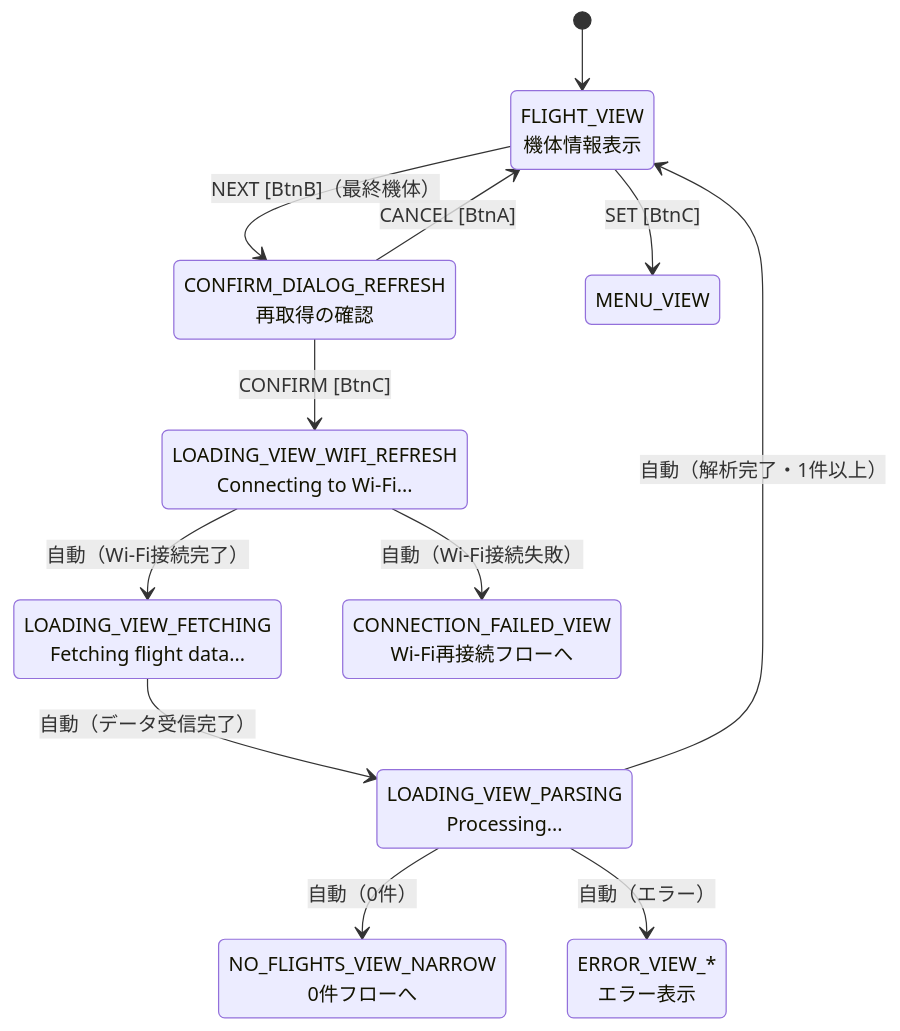
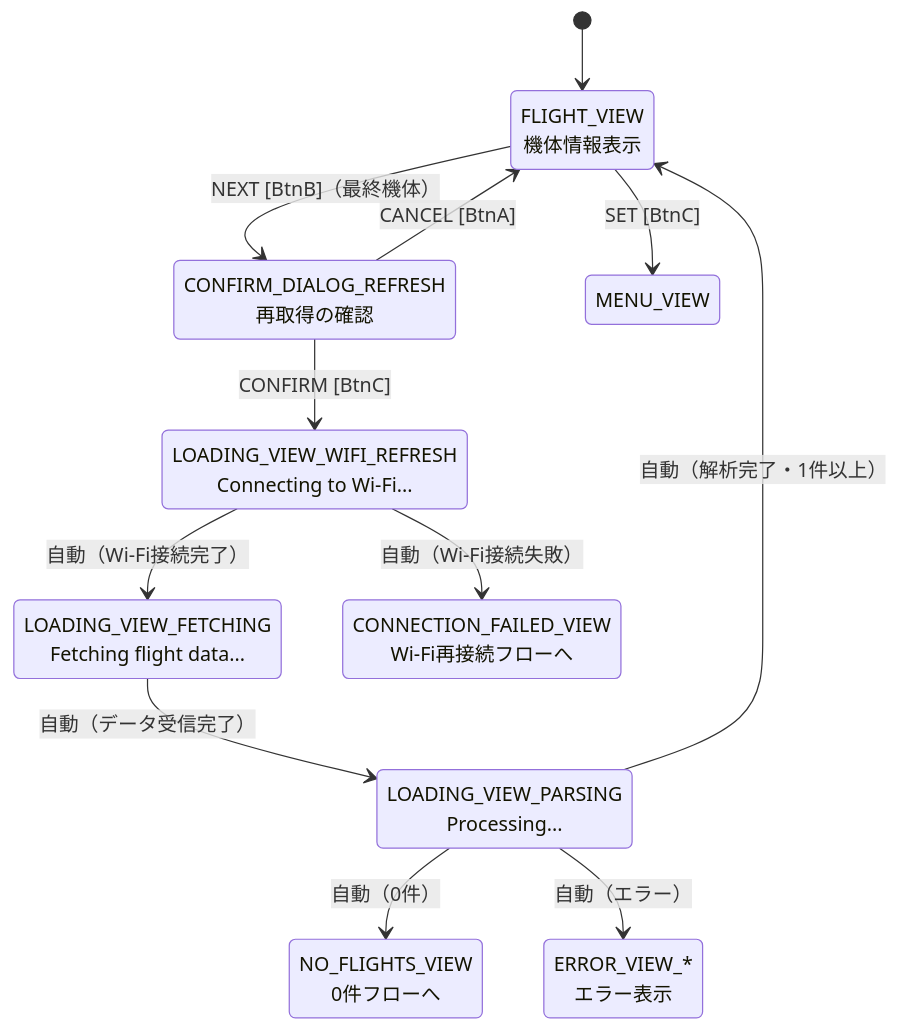
One commit to ymo999/m5stack-flight-tracker changed the second of 5 diagrams in docs/画面遷移設計_M5Stack_航空機スキャンシステム.md. Above: the diagram before and after it, drawn with Mermaid. The commit also changed other lines of this file and 1 other file, not shown here.

````diff
--- a/docs/画面遷移設計_M5Stack_航空機スキャンシステム.md
+++ b/docs/画面遷移設計_M5Stack_航空機スキャンシステム.md
@@ -53,23 +53,23 @@
 ```mermaid
 stateDiagram-v2
     [*] --> FLIGHT_VIEW
     FLIGHT_VIEW --> CONFIRM_REFRESH : NEXT [BtnB]（最終機体）
     FLIGHT_VIEW --> MENU_VIEW : SET [BtnC]
     CONFIRM_REFRESH --> FLIGHT_VIEW : CANCEL [BtnA]
     CONFIRM_REFRESH --> LOADING_WIFI_REFRESH : CONFIRM [BtnC]
     LOADING_WIFI_REFRESH --> LOADING_FETCHING : 自動（Wi-Fi接続完了）
     LOADING_FETCHING --> LOADING_PARSING : 自動（データ受信完了）
     LOADING_PARSING --> FLIGHT_VIEW : 自動（解析完了・1件以上）
-    LOADING_PARSING --> NO_FLIGHTS_NARROW : 自動（0件）
+    LOADING_PARSING --> NO_FLIGHTS_VIEW : 自動（0件）
     LOADING_PARSING --> ERROR_VIEW : 自動（エラー）
     LOADING_WIFI_REFRESH --> CONNECTION_FAILED : 自動（Wi-Fi接続失敗）
 
     FLIGHT_VIEW : FLIGHT_VIEW<br>機体情報表示
     CONFIRM_REFRESH : CONFIRM_DIALOG_REFRESH<br>再取得の確認
     LOADING_WIFI_REFRESH : LOADING_VIEW_WIFI_REFRESH<br>Connecting to Wi-Fi...
     LOADING_FETCHING : LOADING_VIEW_FETCHING<br>Fetching flight data...
     LOADING_PARSING : LOADING_VIEW_PARSING<br>Processing...
-    NO_FLIGHTS_NARROW : NO_FLIGHTS_VIEW_NARROW<br>0件フローへ
+    NO_FLIGHTS_VIEW : NO_FLIGHTS_VIEW<br>0件フローへ
     ERROR_VIEW : ERROR_VIEW_*<br>エラー表示
     CONNECTION_FAILED : CONNECTION_FAILED_VIEW<br>Wi-Fi再接続フローへ
 ```
````
